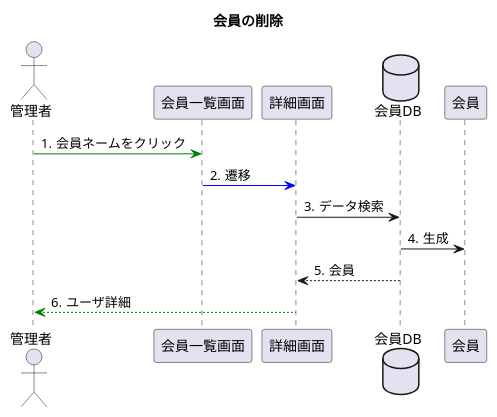
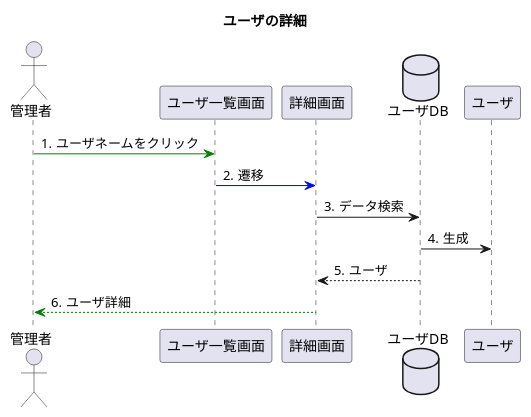
The diagram in uml/seq_detail.pu (toufu66/ProjectC), drawn with PlantUML before and after one commit.

Commit message:
シーケンス図 ユーザ詳細

```diff
--- a/uml/seq_detail.pu
+++ b/uml/seq_detail.pu
@@ -1,19 +1,19 @@
 @startuml
-title 会員の削除
+title ユーザの詳細
 
 autonumber "#."
 
 actor 管理者
-participant 会員一覧画面
+participant ユーザ一覧画面
 participant 詳細画面
-database 会員DB
-participant 会員
+database ユーザDB
+participant ユーザ
 
-管理者 -[#green]> 会員一覧画面:会員ネームをクリック
-会員一覧画面 -[#blue]> 詳細画面:遷移
-詳細画面 -> 会員DB:データ検索
-会員DB -> 会員:生成
-会員DB --> 詳細画面:会員
+管理者 -[#green]> ユーザ一覧画面:ユーザネームをクリック
+ユーザ一覧画面 -[#blue]> 詳細画面:遷移
+詳細画面 -> ユーザDB:データ検索
+ユーザDB -> ユーザ:生成
+ユーザDB --> 詳細画面:ユーザ
 詳細画面 --[#green]> 管理者:ユーザ詳細
 
 @enduml
```
